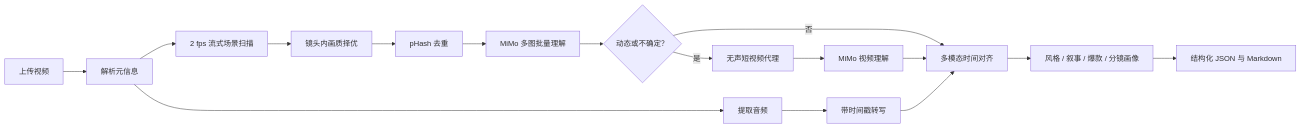
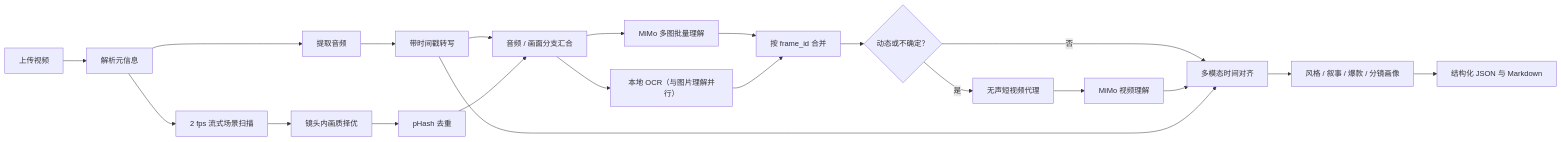
Before and after one commit to guyue356/SnapNote: the second of 3 diagrams in README.md, drawn with Mermaid. The commit also changed other lines of this file and 19 other files, not shown here.

````diff
--- a/README.md
+++ b/README.md
@@ -271,18 +271,23 @@
 ```mermaid
 flowchart LR
     Upload["上传视频"] --> Probe["解析元信息"]
     Probe --> Audio["提取音频"]
     Audio --> ASR["带时间戳转写"]
     Probe --> Scan["2 fps 流式场景扫描"]
     Scan --> Frames["镜头内画质择优"]
     Frames --> Dedup["pHash 去重"]
-    Dedup --> Images["MiMo 多图批量理解"]
-    Images --> Decision{"动态或不确定？"}
+    ASR --> Join["音频 / 画面分支汇合"]
+    Dedup --> Join
+    Join --> Images["MiMo 多图批量理解"]
+    Join --> OCR["本地 OCR（与图片理解并行）"]
+    Images --> Merge["按 frame_id 合并"]
+    OCR --> Merge
+    Merge --> Decision{"动态或不确定？"}
     Decision -->|"是"| Proxy["无声短视频代理"]
     Proxy --> VideoAI["MiMo 视频理解"]
     Decision -->|"否"| Align["多模态时间对齐"]
     VideoAI --> Align
     ASR --> Align
     Align --> Profile["风格 / 叙事 / 爆款 / 分镜画像"]
     Profile --> Markdown["结构化 JSON 与 Markdown"]
 ```
````
